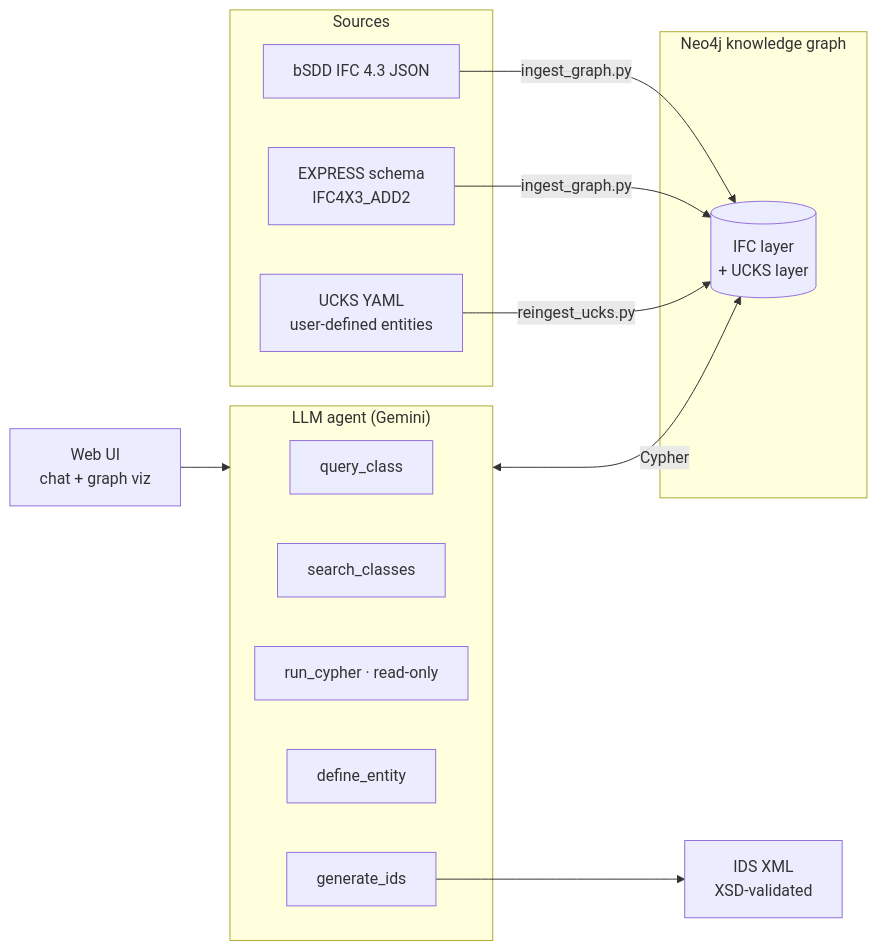
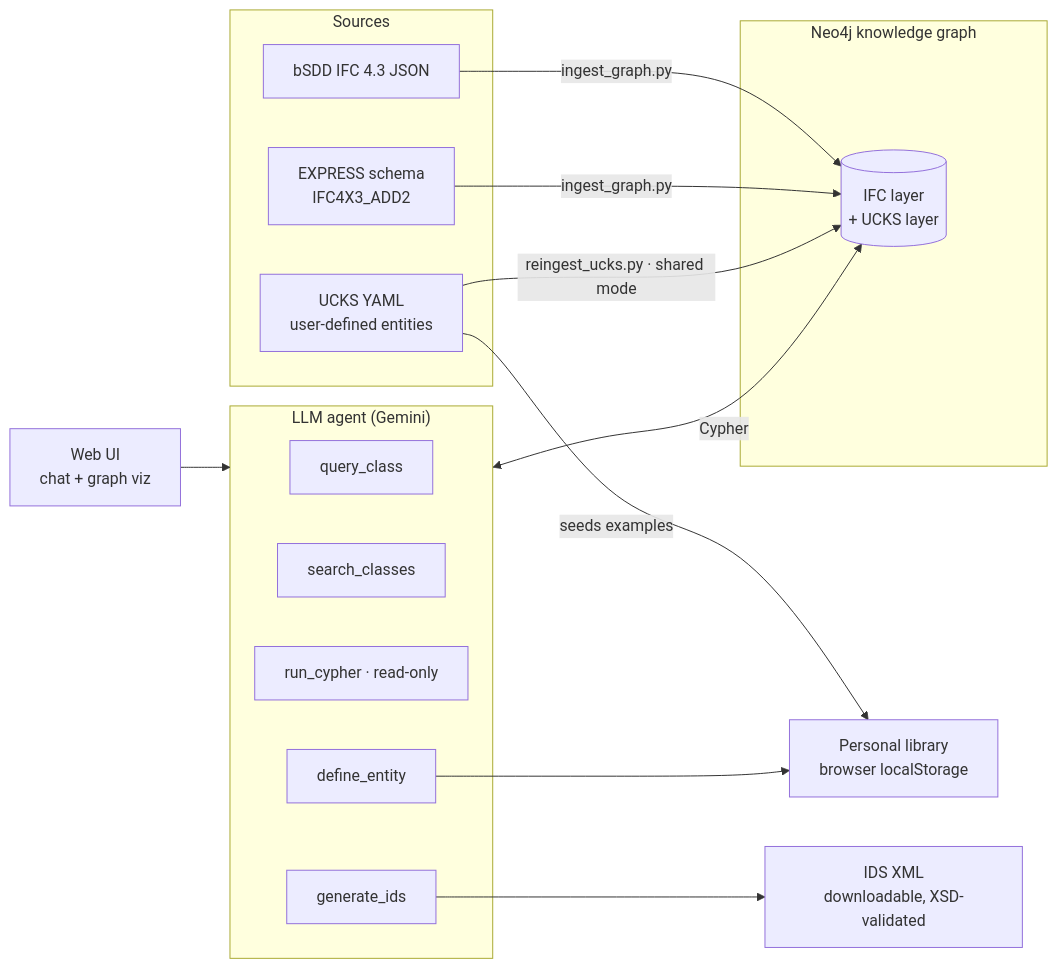
Before and after one commit to halilyasavul/aec-knowledge-graph: the diagram in README.md, drawn with Mermaid. The commit also changed other lines of this file, not shown here.

First line of the commit message:
Align README with the demo: add walkthrough, fix stale library claims

````diff
--- a/README.md
+++ b/README.md
@@ -61,24 +83,26 @@
 ```mermaid
 flowchart LR
     subgraph Sources
         A[bSDD IFC 4.3 JSON]
         B[EXPRESS schema<br/>IFC4X3_ADD2]
         C[UCKS YAML<br/>user-defined entities]
     end
     subgraph Graph["Neo4j knowledge graph"]
         G[(IFC layer<br/>+ UCKS layer)]
     end
     subgraph Agent["LLM agent (Gemini)"]
         T1[query_class]
         T2[search_classes]
         T3[run_cypher · read-only]
         T4[define_entity]
         T5[generate_ids]
     end
     U[Web UI<br/>chat + graph viz] --> Agent
     A -->|ingest_graph.py| G
     B -->|ingest_graph.py| G
-    C -->|reingest_ucks.py| G
+    C -->|reingest_ucks.py · shared mode| G
+    C -->|seeds examples| L
+    T4 --> L[Personal library<br/>browser localStorage]
     Agent <-->|Cypher| G
-    T5 --> X[IDS XML<br/>XSD-validated]
+    T5 --> X[IDS XML<br/>downloadable, XSD-validated]
 ```
````
